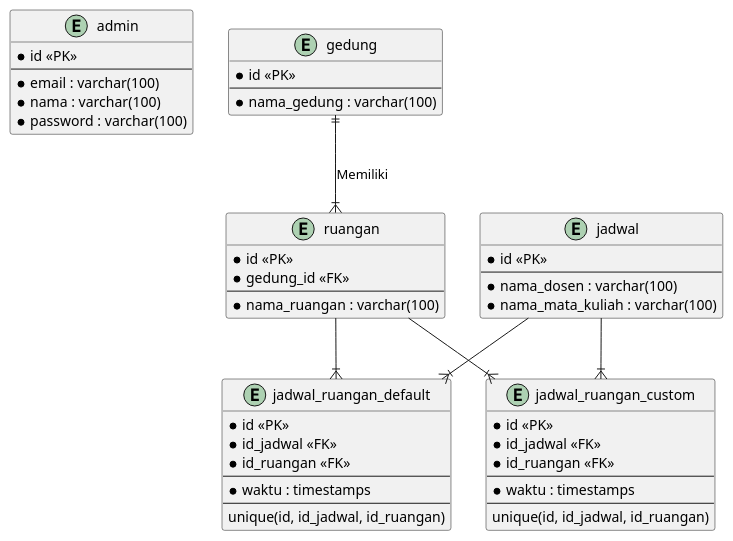
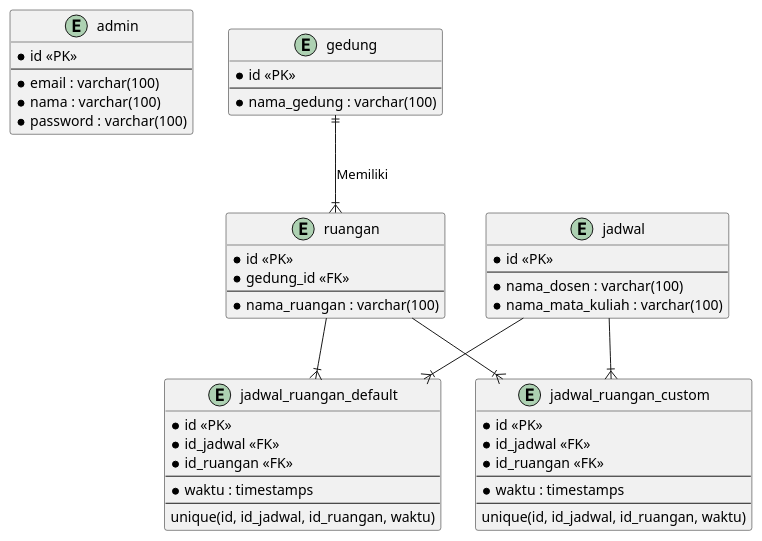
One commit to Ikhlashmulya/ucm changed the diagram in docs/database/database.puml. Above: the diagram before and after it, drawn with PlantUML.

Commit message:
add waktu field to unique constraints

```diff
--- a/docs/database/database.puml
+++ b/docs/database/database.puml
@@ -1,57 +1,57 @@
 @startuml database_ucm
 
 Entity admin {
     * id <<PK>>
     ---
     * email : varchar(100)
     * nama : varchar(100)
     * password : varchar(100)
 }
 
 Entity gedung {
     * id <<PK>>
     ---
     * nama_gedung : varchar(100)
 }
 
 Entity ruangan {
     * id <<PK>>
     * gedung_id <<FK>>
     ---
     * nama_ruangan : varchar(100)
 }
 
 Entity jadwal {
     * id <<PK>>
     ---
     * nama_dosen : varchar(100)
     * nama_mata_kuliah : varchar(100)
 }
 
 Entity jadwal_ruangan_default {
     * id <<PK>>
     * id_jadwal <<FK>>
     * id_ruangan <<FK>>
     ---
     * waktu : timestamps
     ---
-    unique(id, id_jadwal, id_ruangan)
+    unique(id, id_jadwal, id_ruangan, waktu)
 }
 
 Entity jadwal_ruangan_custom {
     * id <<PK>>
     * id_jadwal <<FK>>
     * id_ruangan <<FK>>
     ---
     * waktu : timestamps
     ---
-    unique(id, id_jadwal, id_ruangan)
+    unique(id, id_jadwal, id_ruangan, waktu)
 }
 
 gedung ||--|{ ruangan : "Memiliki"
 jadwal --|{ jadwal_ruangan_default
 ruangan --|{ jadwal_ruangan_default
 jadwal --|{ jadwal_ruangan_custom
 ruangan --|{ jadwal_ruangan_custom
 
 @enduml
```
